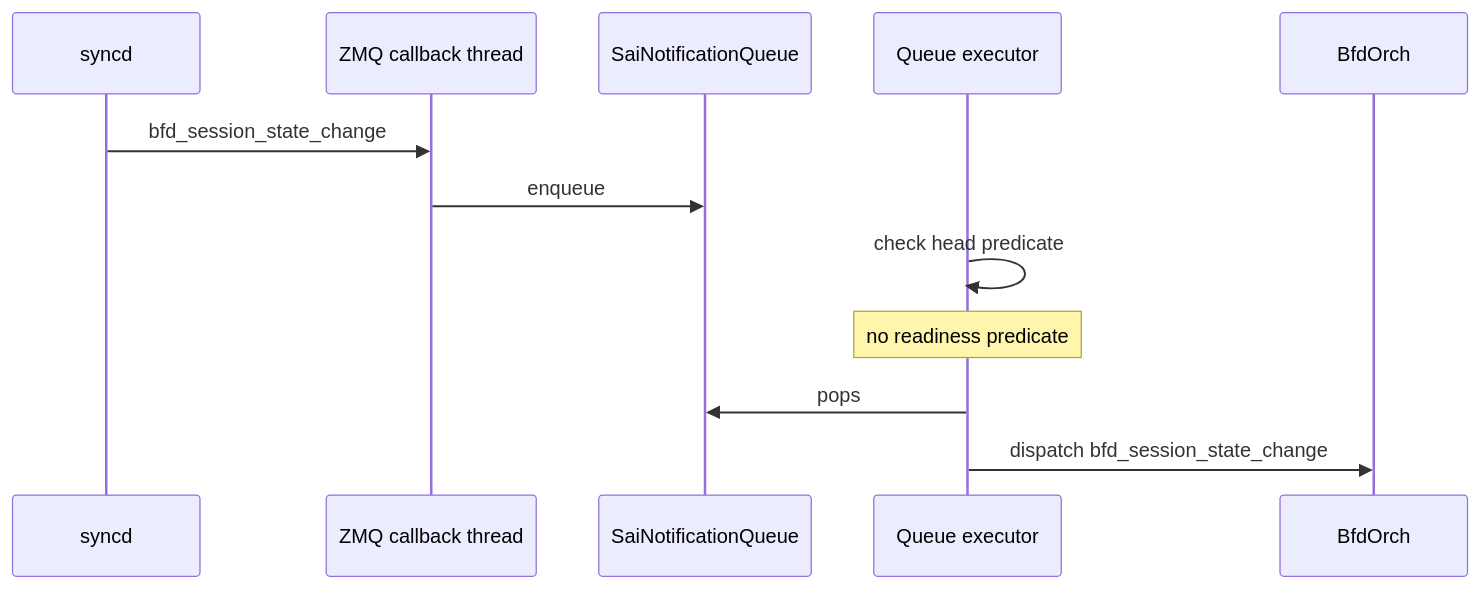
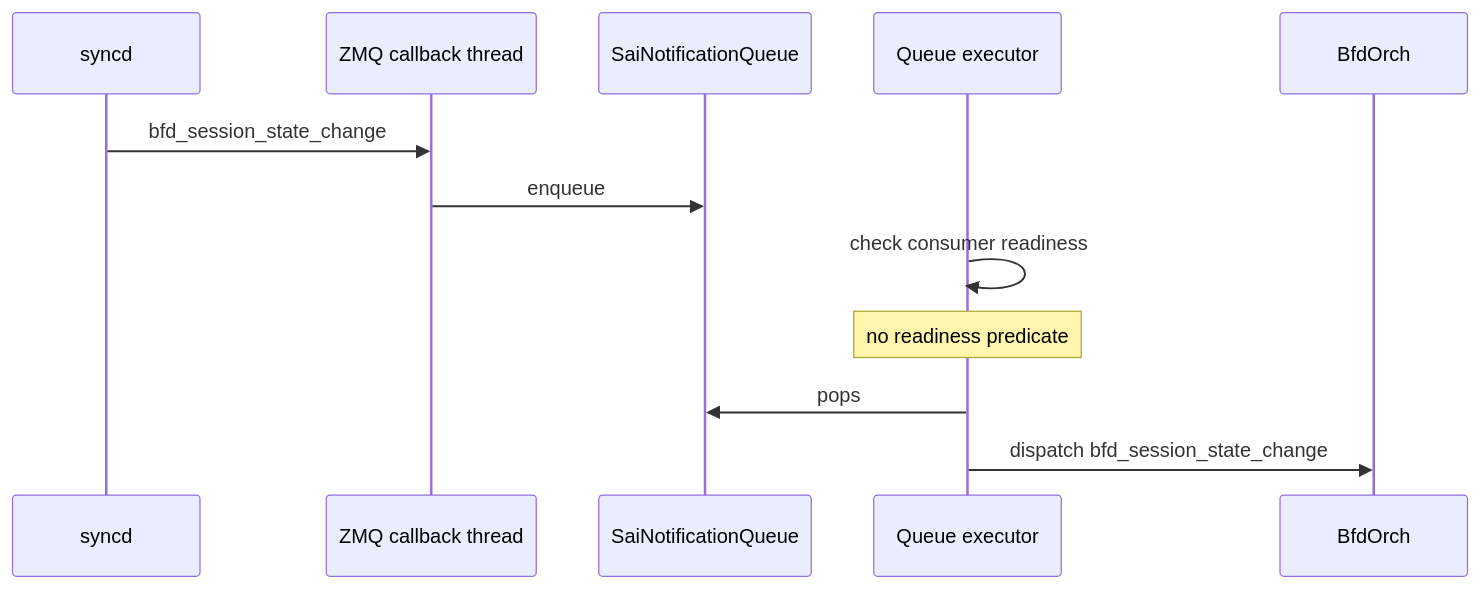
Before and after one commit to sonic-net/sonic-buildimage: the tenth of 10 diagrams in hld/zmq-southbound-sai-notification-handling.md, drawn with Mermaid. The commit also changed other lines of this file, not shown here.

Commit message:
Align Option 3 HLD with per-consumer notification queue design Document per-consumer queues, LruDedup/FIFO policy, readiness on SaiNotificationQueue, Redis-parity hasCachedData(), and COUNTERS_DB telemetry so the HLD matches the implementation under review.

````diff
--- a/hld/zmq-southbound-sai-notification-handling.md
+++ b/hld/zmq-southbound-sai-notification-handling.md
@@ -1009,15 +1119,15 @@
 ```mermaid
 sequenceDiagram
     participant syncd
     participant Callback as ZMQ callback thread
     participant Queue as SaiNotificationQueue
     participant Executor as Queue executor
     participant BfdOrch
 
     syncd->>Callback: bfd_session_state_change
     Callback->>Queue: enqueue
-    Executor->>Executor: check head predicate
+    Executor->>Executor: check consumer readiness
     Note over Executor: no readiness predicate
     Executor->>Queue: pops
     Executor->>BfdOrch: dispatch bfd_session_state_change
 ```
````
